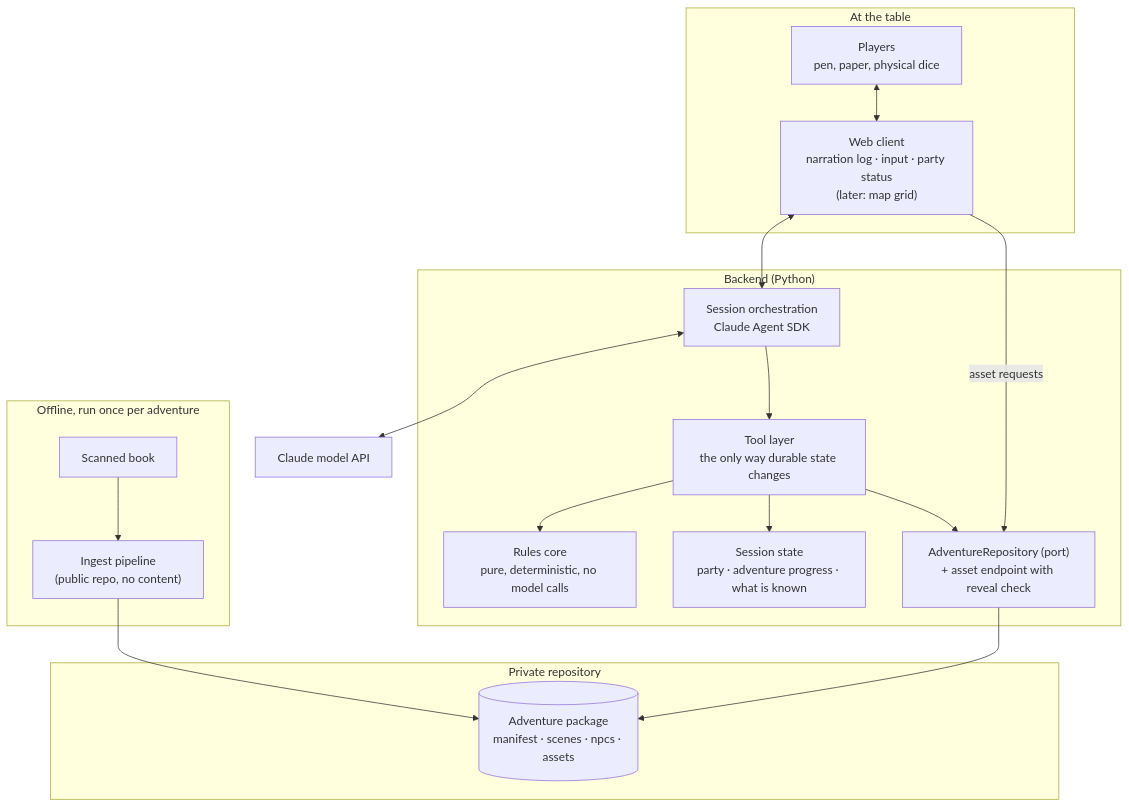
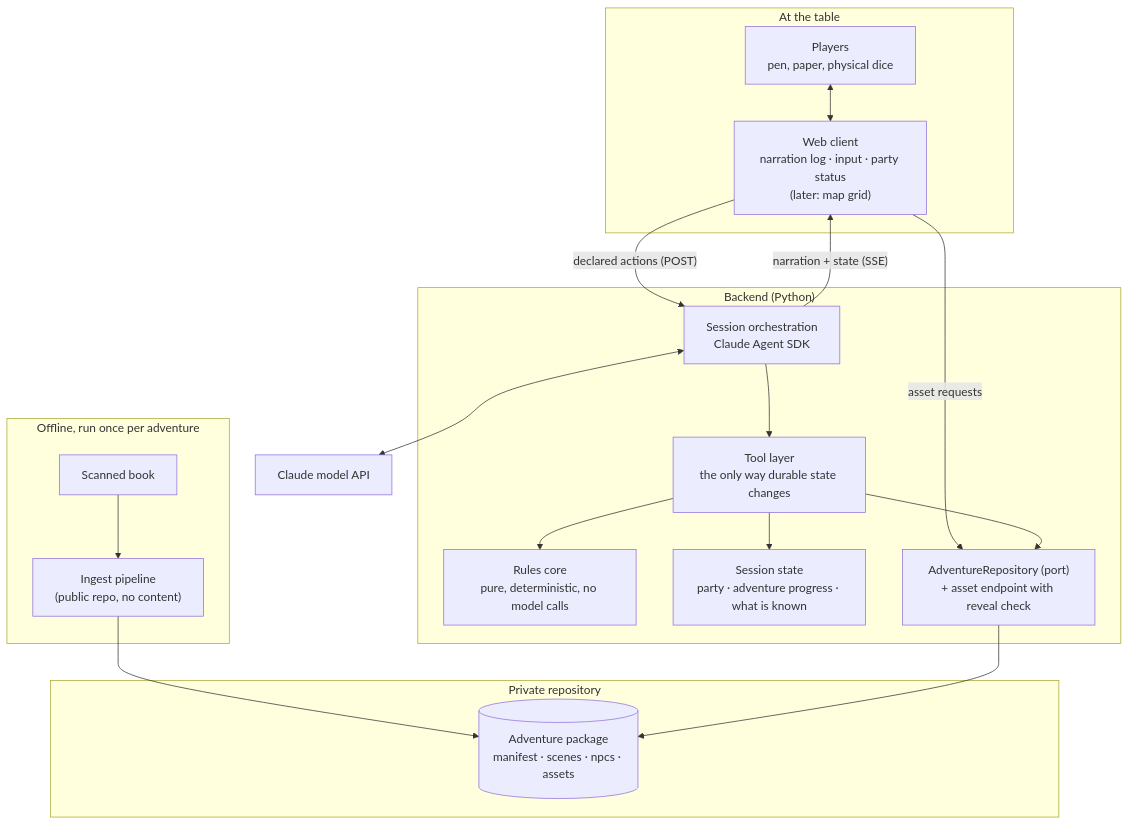
Before and after one commit to nicoschmidt/dnd-ai-dungeon-master: the diagram in docs/architecture.md, drawn with Mermaid. The commit also changed other lines of this file and 2 other files, not shown here.

````diff
--- a/docs/architecture.md
+++ b/docs/architecture.md
@@ -15,36 +17,37 @@
 ```mermaid
 flowchart TD
     subgraph table["At the table"]
         players["Players<br/>pen, paper, physical dice"]
         client["Web client<br/>narration log · input · party status<br/>(later: map grid)"]
     end
 
     subgraph backend["Backend (Python)"]
         orch["Session orchestration<br/>Claude Agent SDK"]
         tools["Tool layer<br/>the only way durable state changes"]
         rules["Rules core<br/>pure, deterministic, no model calls"]
         state["Session state<br/>party · adventure progress · what is known"]
         repo["AdventureRepository (port)<br/>+ asset endpoint with reveal check"]
     end
 
     model["Claude model API"]
 
     subgraph private["Private repository"]
         content[("Adventure package<br/>manifest · scenes · npcs · assets")]
     end
 
     subgraph offline["Offline, run once per adventure"]
         book["Scanned book"] --> pipeline["Ingest pipeline<br/>(public repo, no content)"]
         pipeline --> content
     end
 
     players <--> client
-    client <--> orch
+    orch -->|"narration + state (SSE)"| client
+    client -->|"declared actions (POST)"| orch
     client -->|"asset requests"| repo
     orch <--> model
     orch --> tools
     tools --> rules
     tools --> state
     tools --> repo
     repo --> content
 ```
````
